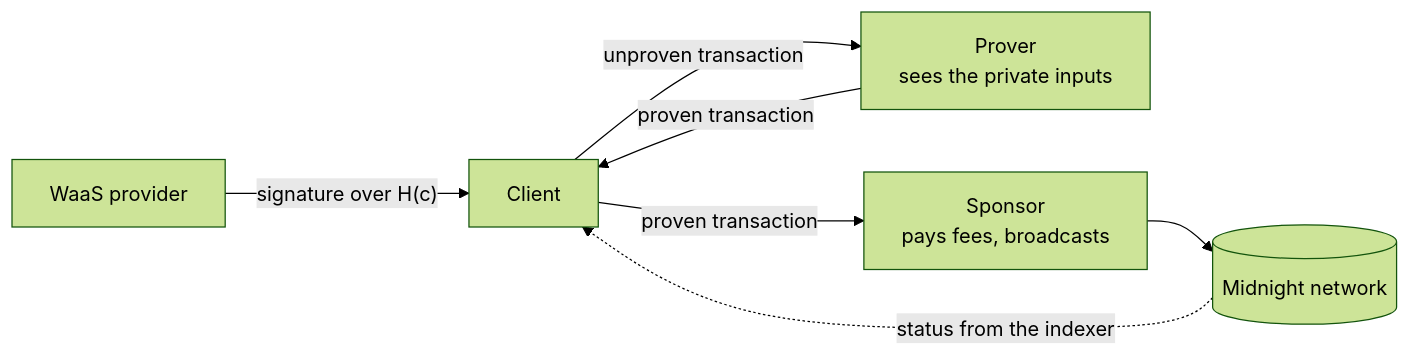
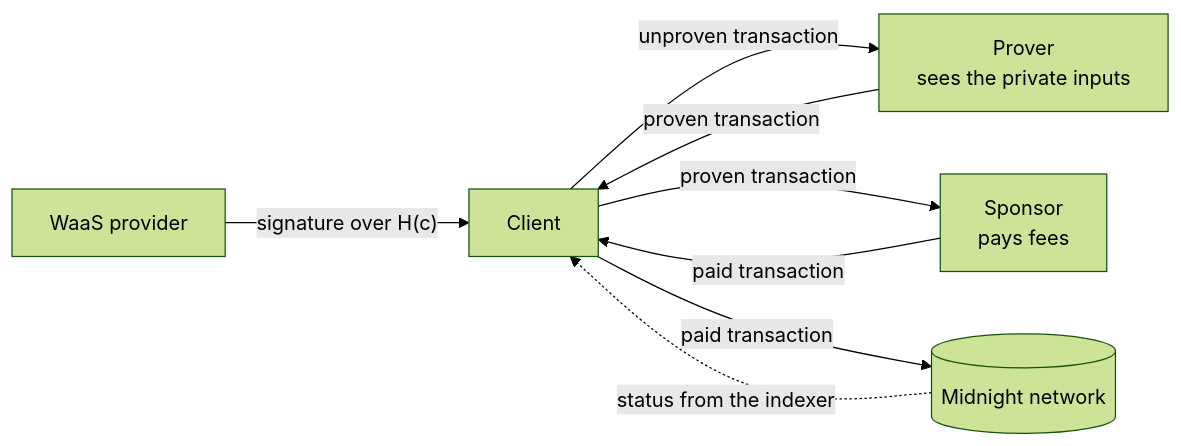
Before and after one commit to midnightntwrk/midnight-passport-sdk: the first of 2 diagrams in docs/provider-integration.md, drawn with Mermaid (forest theme). The commit also changed other lines of this file and 4 other files, not shown here.

````diff
--- a/docs/provider-integration.md
+++ b/docs/provider-integration.md
@@ -37,9 +39,10 @@
 ```mermaid
 flowchart LR
   W["WaaS provider"] -->|"signature over H(c)"| C["Client"]
   C -->|"unproven transaction"| P["Prover<br/>sees the private inputs"]
   P -->|"proven transaction"| C
-  C -->|"proven transaction"| S["Sponsor<br/>pays fees, broadcasts"]
-  S --> N[("Midnight network")]
+  C -->|"proven transaction"| S["Sponsor<br/>pays fees"]
+  S -->|"paid transaction"| C
+  C -->|"paid transaction"| N[("Midnight network")]
   N -.->|"status from the indexer"| C
 ```
````
